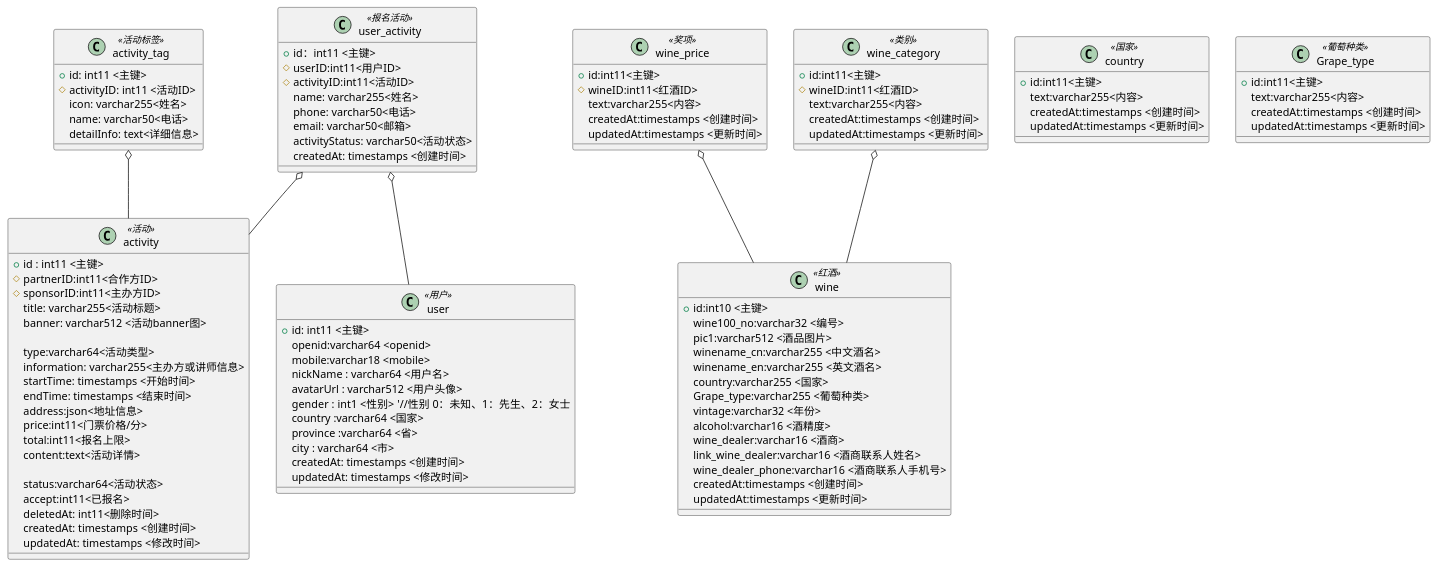
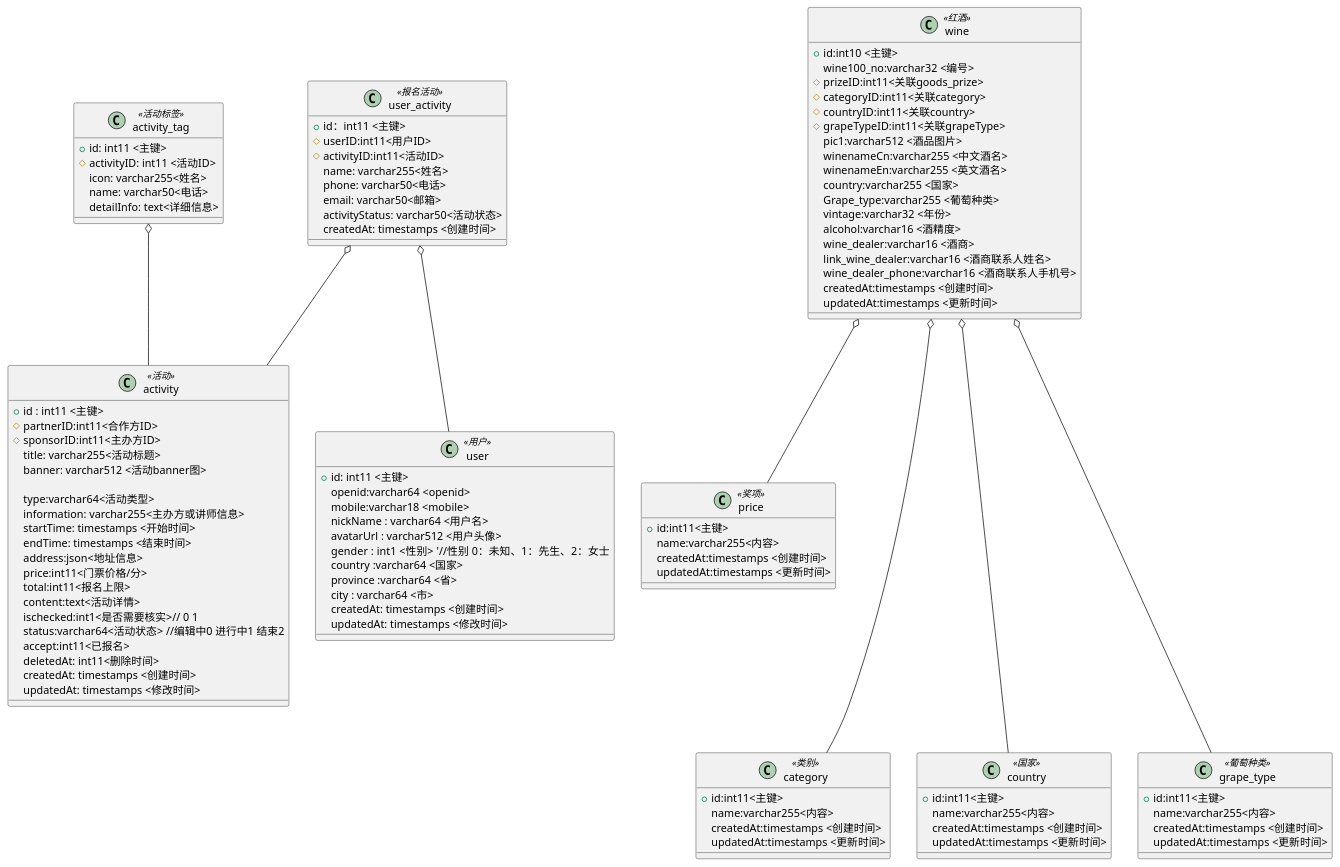
One commit to yeguliang/stude_adonis changed the diagram in doc/umi/admin_db.puml. Above: the diagram before and after it, drawn with PlantUML. The commit also changed 96 other files, not shown here.

```diff
--- a/doc/umi/admin_db.puml
+++ b/doc/umi/admin_db.puml
@@ -1,114 +1,122 @@
 @startuml admin_db
 ' 规范说明
 ' rule_ 默认配置
 ' log_ 记录（只读）
 ' stat_ 统计（只读）
 ' is_ bool类型
 ' _At 时间类型
+
+' 类名_
+' 内容驼峰
+
 class activity <<活动>>{
     +id : int11 <主键>
     #partnerID:int11<合作方ID>
     #sponsorID:int11<主办方ID>
     title: varchar255<活动标题>
     banner: varchar512 <活动banner图>
 
     type:varchar64<活动类型>
     information: varchar255<主办方或讲师信息>
     startTime: timestamps <开始时间>
     endTime: timestamps <结束时间>
     address:json<地址信息>
     price:int11<门票价格/分>
     total:int11<报名上限>
     content:text<活动详情>
-   
-    status:varchar64<活动状态>
+    ischecked:int1<是否需要核实>// 0 1
+    status:varchar64<活动状态> //编辑中0 进行中1 结束2
     accept:int11<已报名>
     deletedAt: int11<删除时间>
     createdAt: timestamps <创建时间>
     updatedAt: timestamps <修改时间>
 }
 class user <<用户>>{
     +id: int11 <主键>
     openid:varchar64 <openid>
     mobile:varchar18 <mobile>
     nickName : varchar64 <用户名>
     avatarUrl : varchar512 <用户头像>
     gender : int1 <性别>  '//性别 0：未知、1：先生、2：女士
     country :varchar64 <国家>
     province :varchar64 <省>
     city : varchar64 <市>
     createdAt: timestamps <创建时间>
     updatedAt: timestamps <修改时间>
 }
 
 class user_activity <<报名活动>>{
     +id：int11 <主键>
     #userID:int11<用户ID>
     #activityID:int11<活动ID>
     name: varchar255<姓名>
     phone: varchar50<电话>
     email: varchar50<邮箱>
     activityStatus: varchar50<活动状态>
     createdAt: timestamps <创建时间>
 
 }
 
 user_activity o-- user
 user_activity o-- activity
 
 class activity_tag <<活动标签>>{
     +id: int11 <主键>
     #activityID: int11 <活动ID>
     icon: varchar255<姓名>
     name: varchar50<电话>
     detailInfo: text<详细信息>
 }
 activity_tag o-- activity
 
 
 class wine <<红酒>>{
     +id:int10 <主键>
 	wine100_no:varchar32 <编号>
+    #prizeID:int11<关联goods_prize>
+    #categoryID:int11<关联category>
+    #countryID:int11<关联country>
+    #grapeTypeID:int11<关联grapeType>
     pic1:varchar512 <酒品图片>
-    winename_cn:varchar255 <中文酒名>
-	winename_en:varchar255 <英文酒名>
+    winenameCn:varchar255 <中文酒名>
+	winenameEn:varchar255 <英文酒名>
     country:varchar255 <国家>
     Grape_type:varchar255 <葡萄种类>
     vintage:varchar32 <年份>
     alcohol:varchar16 <酒精度>
     wine_dealer:varchar16 <酒商>
     link_wine_dealer:varchar16 <酒商联系人姓名>
     wine_dealer_phone:varchar16 <酒商联系人手机号>
 	createdAt:timestamps <创建时间>
 	updatedAt:timestamps <更新时间>
 }
-class wine_price<<奖项>>{
+class price<<奖项>>{
     +id:int11<主键>
-    #wineID:int11<红酒ID>
-    text:varchar255<内容>
+    name:varchar255<内容>
     createdAt:timestamps <创建时间>
 	updatedAt:timestamps <更新时间>
 }
-class wine_category<<类别>>{
+class category<<类别>>{
     +id:int11<主键>
-    #wineID:int11<红酒ID>
-    text:varchar255<内容>
+    name:varchar255<内容>
     createdAt:timestamps <创建时间>
 	updatedAt:timestamps <更新时间>
 }
-
-wine_price o-- wine
-wine_category o-- wine
 class  country<<国家>>{
     +id:int11<主键>
-    text:varchar255<内容>
+    name:varchar255<内容>
     createdAt:timestamps <创建时间>
 	updatedAt:timestamps <更新时间>
 }
-class  Grape_type<<葡萄种类>>{
+class  grape_type<<葡萄种类>>{
     +id:int11<主键>
-    text:varchar255<内容>
+    name:varchar255<内容>
     createdAt:timestamps <创建时间>
 	updatedAt:timestamps <更新时间>
 }
+wine o-- price
+wine o--- category
+wine o--- country
+wine o--- grape_type
+
 @enduml
```
